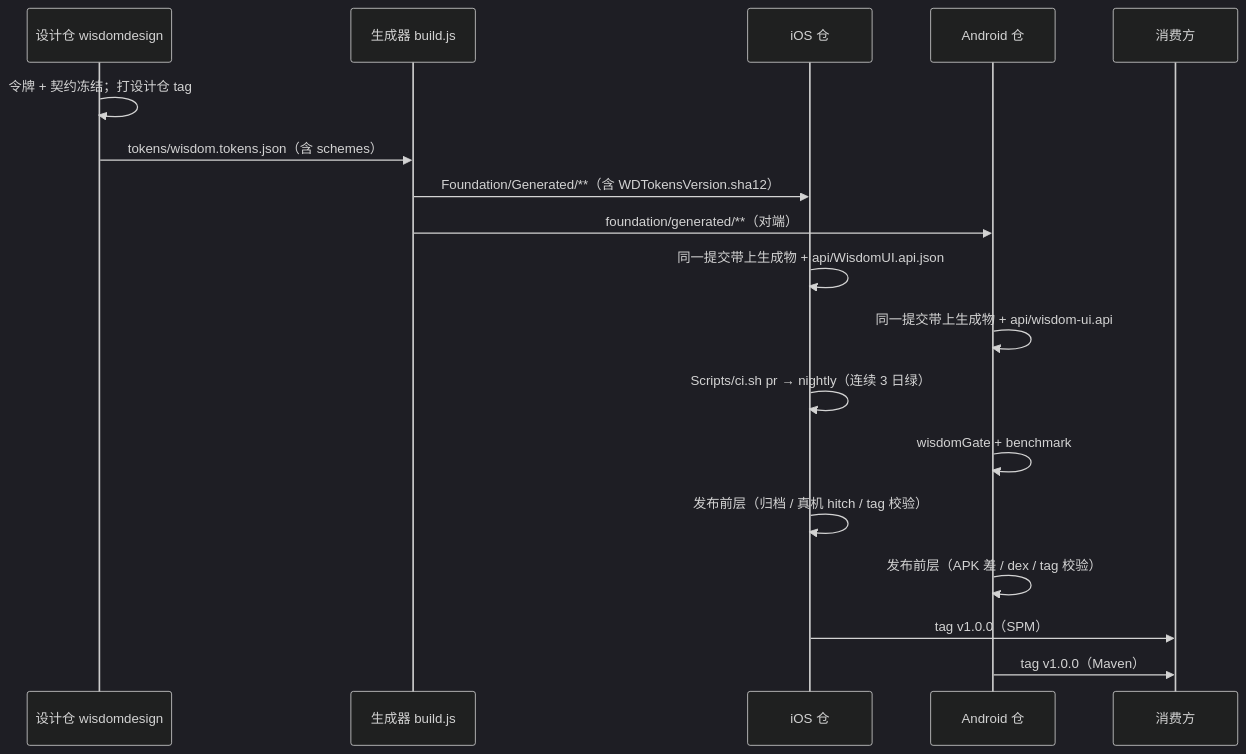
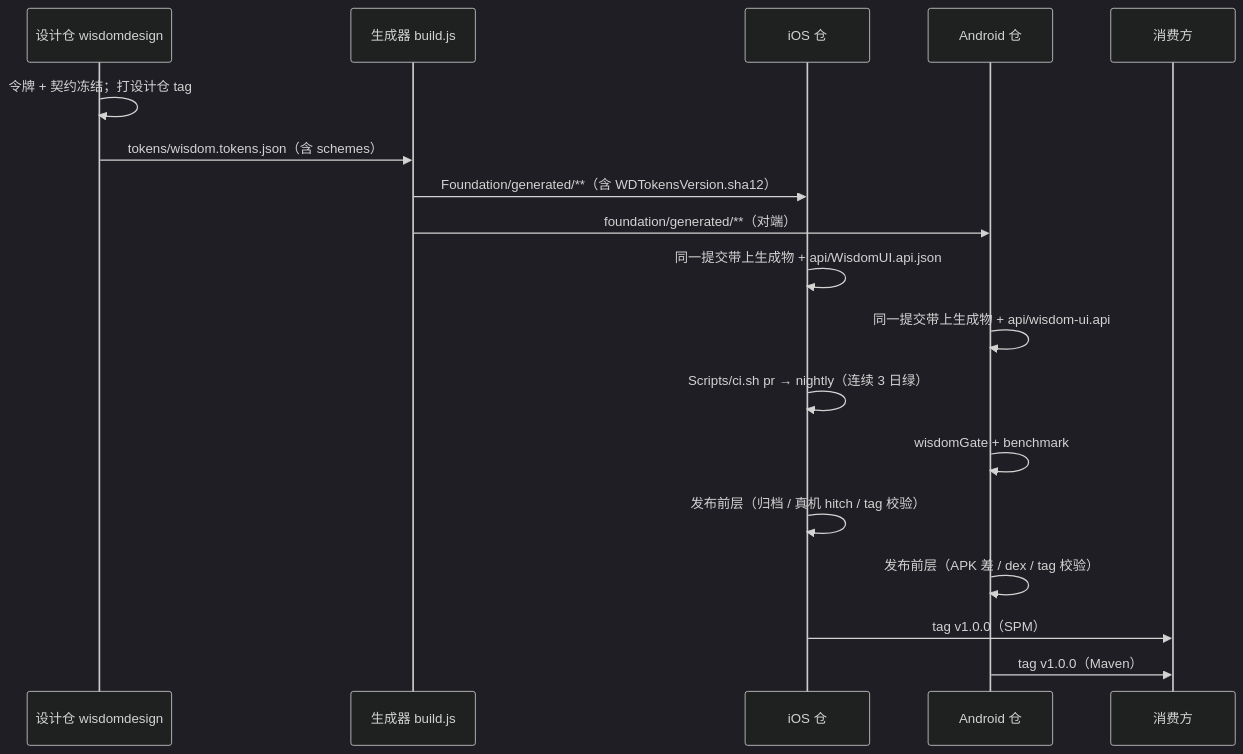
One commit to wlunc/WisdomDesign-iOS changed the seventh of 8 diagrams in docs/ARCHITECTURE.md. Above: the diagram before and after it, drawn with Mermaid (dark theme). The commit also changed other lines of this file and 10 other files, not shown here.

````diff
--- a/docs/ARCHITECTURE.md
+++ b/docs/ARCHITECTURE.md
@@ -307,20 +307,20 @@
 ```mermaid
 sequenceDiagram
   participant D as 设计仓 wisdomdesign
   participant G as 生成器 build.js
   participant I as iOS 仓
   participant A as Android 仓
   participant U as 消费方
   D->>D: 令牌 + 契约冻结；打设计仓 tag
   D->>G: tokens/wisdom.tokens.json（含 schemes）
-  G->>I: Foundation/Generated/**（含 WDTokensVersion.sha12）
+  G->>I: Foundation/generated/**（含 WDTokensVersion.sha12）
   G->>A: foundation/generated/**（对端）
   I->>I: 同一提交带上生成物 + api/WisdomUI.api.json
   A->>A: 同一提交带上生成物 + api/wisdom-ui.api
   I->>I: Scripts/ci.sh pr → nightly（连续 3 日绿）
   A->>A: wisdomGate + benchmark
   I->>I: 发布前层（归档 / 真机 hitch / tag 校验）
   A->>A: 发布前层（APK 差 / dex / tag 校验）
   I->>U: tag v1.0.0（SPM）
   A->>U: tag v1.0.0（Maven）
 ```
````
